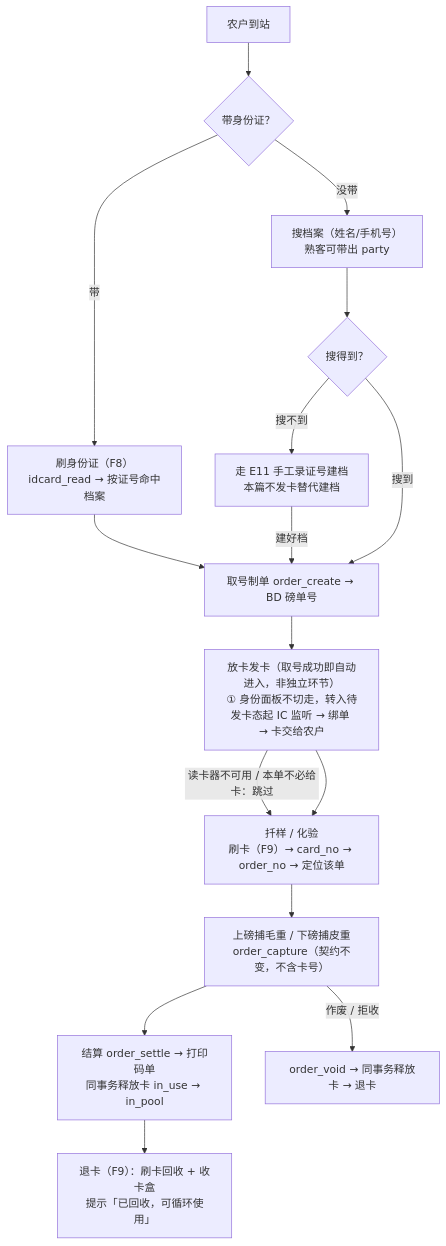
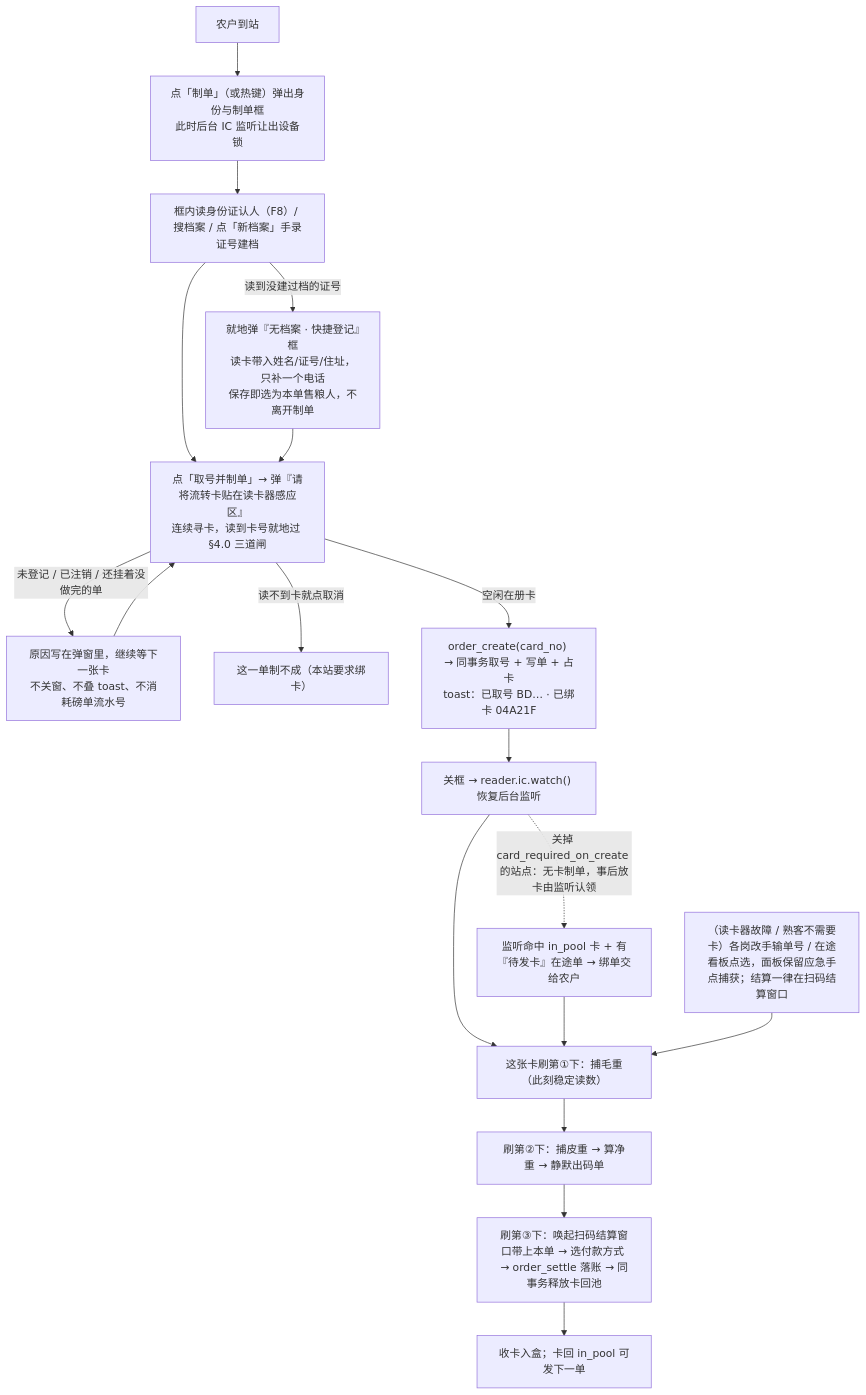
One commit to datawalkcloud/BangHe changed the third of 3 diagrams in docs/design/06-IC卡流转凭证.md. Above: the diagram before and after it, drawn with Mermaid. The commit also changed other lines of this file and 117 other files, not shown here.

````diff
--- a/docs/design/06-IC卡流转凭证.md
+++ b/docs/design/06-IC卡流转凭证.md
@@ -56,18 +112,20 @@
 ```mermaid
 flowchart TD
-    A["农户到站"] --> B{"带身份证？"}
-    B -->|"带"| C["刷身份证（F8）<br/>idcard_read → 按证号命中档案"]
-    B -->|"没带"| D["搜档案（姓名/手机号）<br/>熟客可带出 party"]
-    D --> E{"搜得到？"}
-    E -->|"搜不到"| F["走 E11 手工录证号建档<br/>本篇不发卡替代建档"]
-    F -->|"建好档"| G
-    C --> G["取号制单 order_create → BD 磅单号"]
-    E -->|"搜到"| G
-    G --> J["放卡发卡（取号成功即自动进入，非独立环节）<br/>① 身份面板不切走，转入待发卡态起 IC 监听 → 绑单 → 卡交给农户"]
-    J -->|"读卡器不可用 / 本单不必给卡：跳过"| I
-    J --> I["扦样 / 化验<br/>刷卡（F9）→ card_no → order_no → 定位该单"]
-    I --> K["上磅捕毛重 / 下磅捕皮重<br/>order_capture（契约不变，不含卡号）"]
-    K --> L["结算 order_settle → 打印码单<br/>同事务释放卡 in_use → in_pool"]
-    L --> M["退卡（F9）：刷卡回收 + 收卡盒<br/>提示「已回收，可循环使用」"]
-    K -->|"作废 / 拒收"| N["order_void → 同事务释放卡 → 退卡"]
+    A["农户到站"] --> B["点「制单」（或热键）弹出身份与制单框<br/>此时后台 IC 监听让出设备锁"]
+    B --> C["框内读身份证认人（F8）/ 搜档案 / 点「新档案」手录证号建档"]
+    C -->|"读到没建过档的证号"| C2["就地弹『无档案 · 快捷登记』框<br/>读卡带入姓名/证号/住址，只补一个电话<br/>保存即选为本单售粮人，不离开制单"]
+    C --> D["点「取号并制单」→ 弹『请将流转卡贴在读卡器感应区』<br/>连续寻卡，读到卡号就地过 §4.0 三道闸"]
+    C2 --> D
+    D -->|"未登记 / 已注销 / 还挂着没做完的单"| D2["原因写在弹窗里，继续等下一张卡<br/>不关窗、不叠 toast、不消耗磅单流水号"]
+    D2 --> D
+    D -->|"读不到卡就点取消"| X["这一单制不成（本站要求绑卡）"]
+    D -->|"空闲在册卡"| G["order_create(card_no) → 同事务取号 + 写单 + 占卡<br/>toast：已取号 BD… · 已绑卡 04A21F"]
+    G --> H["关框 → reader.ic.watch() 恢复后台监听"]
+    H --> K["这张卡刷第①下：捕毛重（此刻稳定读数）"]
+    K --> K2["刷第②下：捕皮重 → 算净重 → 静默出码单"]
+    K2 --> L["刷第③下：唤起扫码结算窗口带上本单 → 选付款方式 → order_settle 落账 → 同事务释放卡回池"]
+    L --> M["收卡入盒；卡回 in_pool 可发下一单"]
+    H -.->|"关掉 card_required_on_create 的站点：无卡制单，事后放卡由监听认领"| J["监听命中 in_pool 卡 + 有『待发卡』在途单 → 绑单交给农户"]
+    J --> K
+    K0["（读卡器故障 / 熟客不需要卡）各岗改手输单号 / 在途看板点选，面板保留应急手点捕获；结算一律在扫码结算窗口"] --> K
 ```
````
